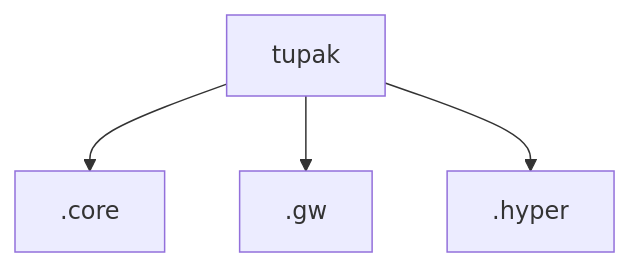
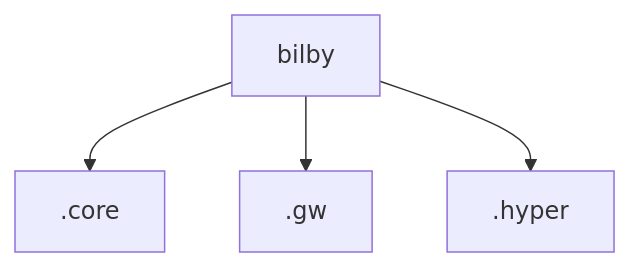
Before and after one commit to bilby-dev/bilby: the first of 6 diagrams in CONTRIBUTING.md, drawn with Mermaid. The commit also changed other lines of this file and 136 other files, not shown here.

Commit message:
Tupak is dead long live bilby

````diff
--- a/CONTRIBUTING.md
+++ b/CONTRIBUTING.md
@@ -166,6 +166,6 @@
 ```mermaid
 graph TD
-tupak[tupak] --> core[.core]
-tupak --> gw[.gw]
-tupak --> hyper[.hyper]
+bilby[bilby] --> core[.core]
+bilby --> gw[.gw]
+bilby --> hyper[.hyper]
 ```
````
